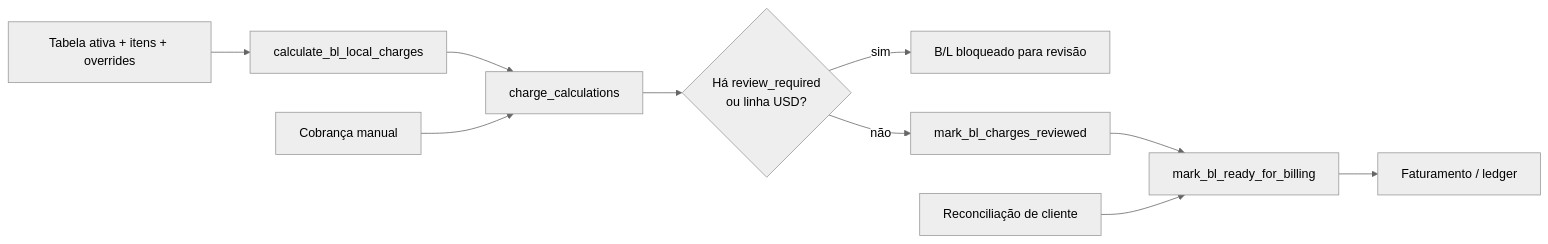
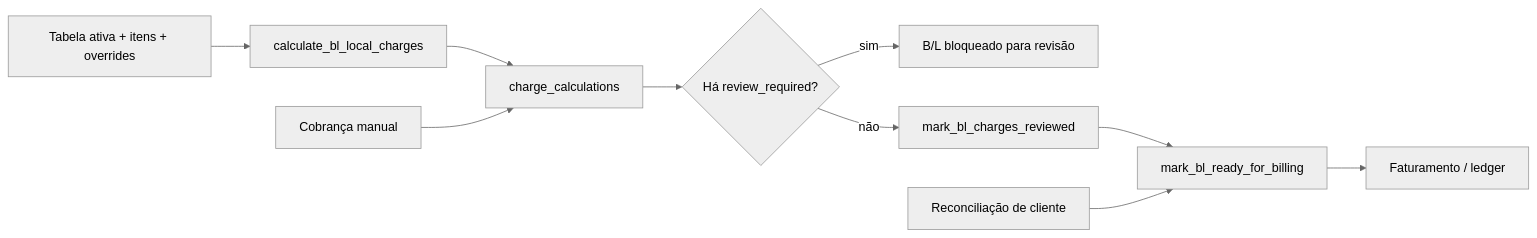
Before and after one commit to luccafwlog/transhippingdesk: the diagram in docs/modules/taxas-locais.md, drawn with Mermaid (neutral theme). The commit also changed other lines of this file and 8 other files, not shown here.

````diff
--- a/docs/modules/taxas-locais.md
+++ b/docs/modules/taxas-locais.md
@@ -169,12 +169,12 @@
 ```mermaid
 flowchart LR
     Config["Tabela ativa + itens + overrides"] --> Calc["calculate_bl_local_charges"]
     Calc --> Lines["charge_calculations"]
-    Lines --> Review{"Há review_required<br/>ou linha USD?"}
+    Lines --> Review{"Há review_required?"}
     Review -->|sim| Hold["B/L bloqueado para revisão"]
     Review -->|não| Reviewed["mark_bl_charges_reviewed"]
     Reviewed --> Ready["mark_bl_ready_for_billing"]
     Ready --> Billing["Faturamento / ledger"]
     Manual["Cobrança manual"] --> Lines
     Reconcile["Reconciliação de cliente"] --> Ready
 ```
````
